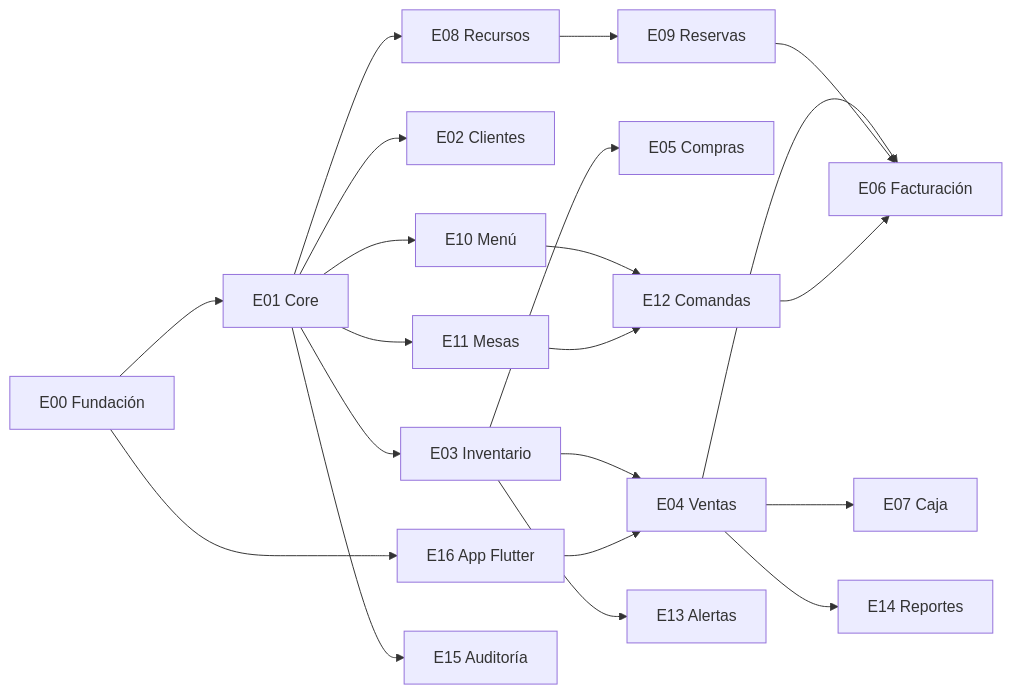
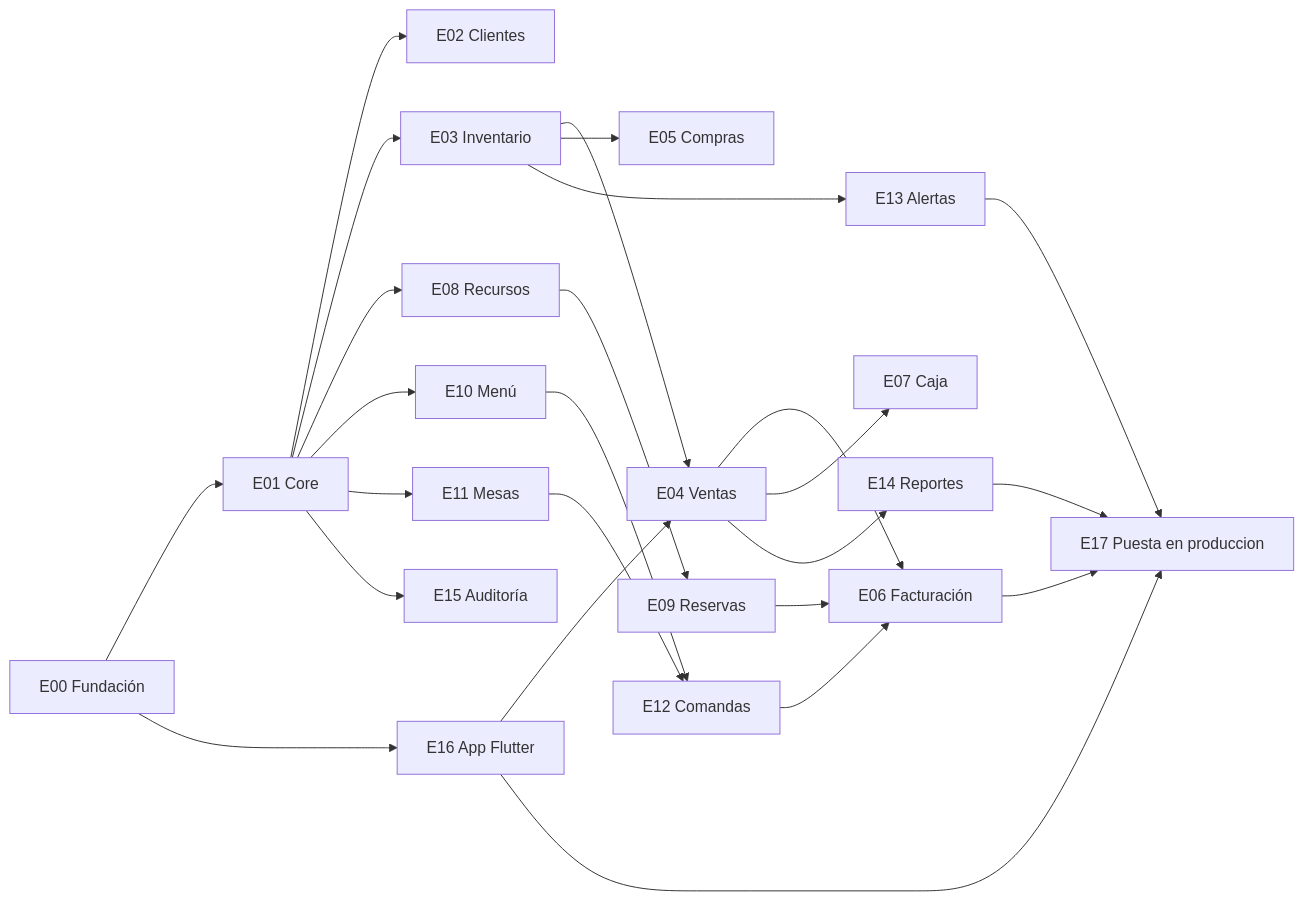
The diagram in historias/TABLERO.md (donaldoAndres1985/Regenta), drawn with Mermaid before and after one commit. The commit also changed other lines of this file and 6 other files, not shown here.

````diff
--- a/historias/TABLERO.md
+++ b/historias/TABLERO.md
@@ -274,23 +274,27 @@
 ```mermaid
 flowchart LR
   E00[E00 Fundación] --> E01[E01 Core]
   E00 --> E16[E16 App Flutter]
   E01 --> E02[E02 Clientes]
   E01 --> E03[E03 Inventario]
   E01 --> E08[E08 Recursos]
   E01 --> E10[E10 Menú]
   E01 --> E11[E11 Mesas]
   E03 --> E04[E04 Ventas]
   E03 --> E05[E05 Compras]
   E08 --> E09[E09 Reservas]
   E10 --> E12[E12 Comandas]
   E11 --> E12
   E04 --> E06[E06 Facturación]
   E09 --> E06
   E12 --> E06
   E04 --> E07[E07 Caja]
   E03 --> E13[E13 Alertas]
   E04 --> E14[E14 Reportes]
   E01 --> E15[E15 Auditoría]
   E16 --> E04
+  E16 --> E17[E17 Puesta en produccion]
+  E06 --> E17
+  E13 --> E17
+  E14 --> E17
 ```
````
